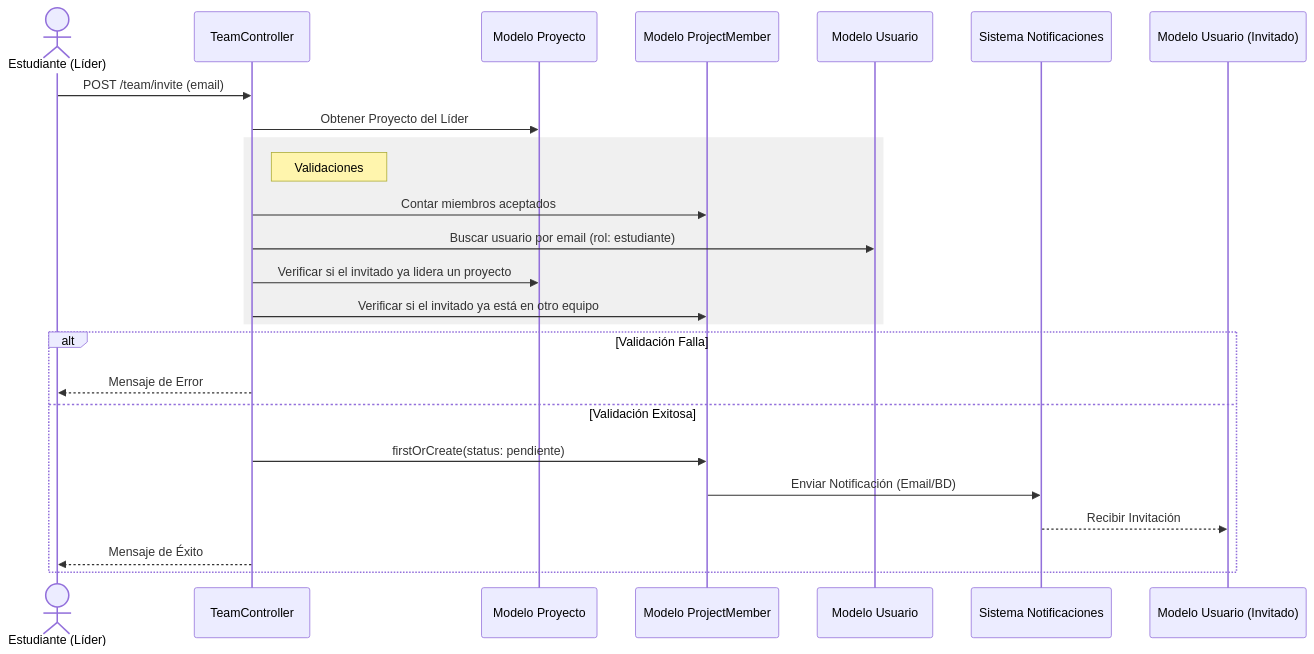
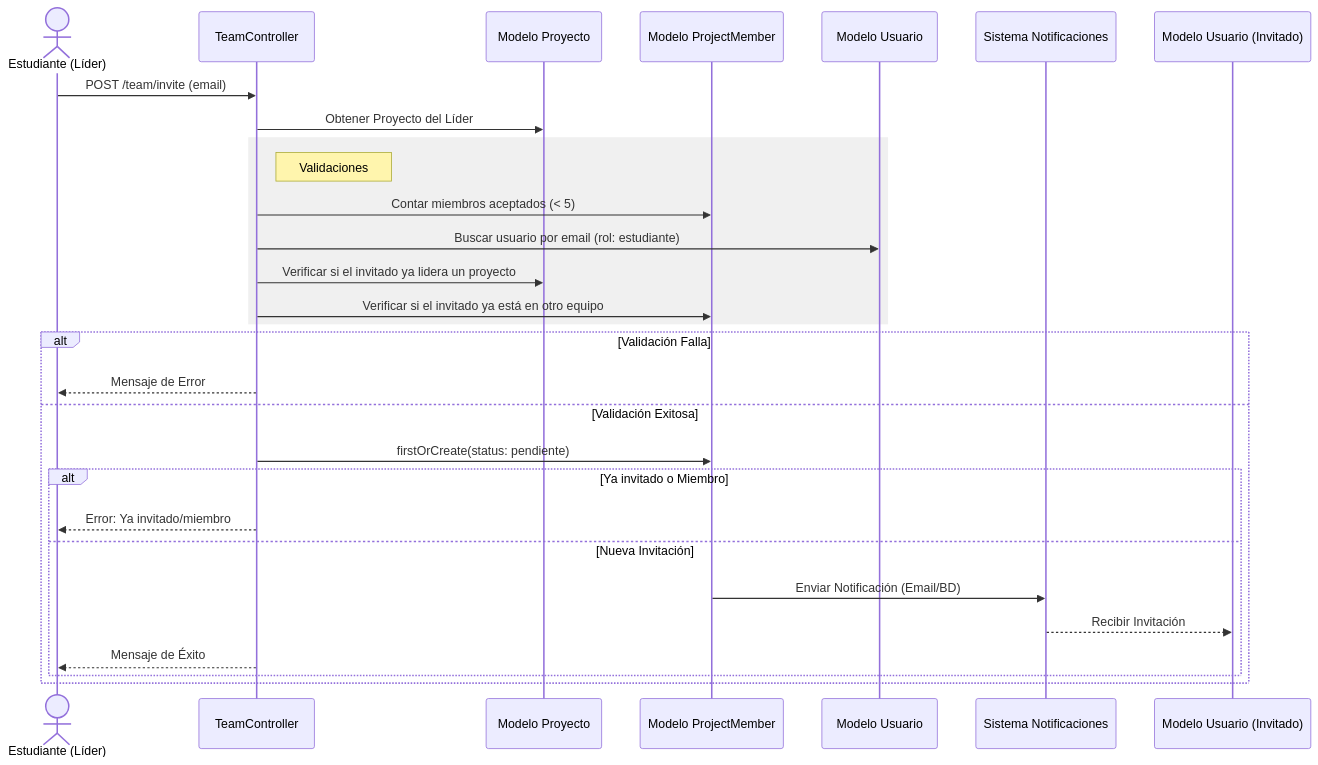
Before and after one commit to HFernandoCR/WebAtoon: the second of 4 diagrams in README.md, drawn with Mermaid. The commit also changed other lines of this file, not shown here.

````diff
--- a/README.md
+++ b/README.md
@@ -105,27 +112,34 @@
 ```mermaid
 sequenceDiagram
     actor Lider as Estudiante (Líder)
     participant TeamController
     participant Modelo Proyecto
     participant Modelo ProjectMember
     participant Modelo Usuario
     participant Sistema Notificaciones
+
     Lider->>TeamController: POST /team/invite (email)
     TeamController->>Modelo Proyecto: Obtener Proyecto del Líder
     
     rect rgb(240, 240, 240)
         note right of TeamController: Validaciones
-        TeamController->>Modelo ProjectMember: Contar miembros aceptados
+        TeamController->>Modelo ProjectMember: Contar miembros aceptados (< 5)
         TeamController->>Modelo Usuario: Buscar usuario por email (rol: estudiante)
         TeamController->>Modelo Proyecto: Verificar si el invitado ya lidera un proyecto
         TeamController->>Modelo ProjectMember: Verificar si el invitado ya está en otro equipo
     end
+    
     alt Validación Falla
         TeamController-->>Lider: Mensaje de Error
     else Validación Exitosa
         TeamController->>Modelo ProjectMember: firstOrCreate(status: pendiente)
-        Modelo ProjectMember->>Sistema Notificaciones: Enviar Notificación (Email/BD)
-        Sistema Notificaciones-->>Modelo Usuario (Invitado): Recibir Invitación
-        TeamController-->>Lider: Mensaje de Éxito
+        
+        alt Ya invitado o Miembro
+            TeamController-->>Lider: Error: Ya invitado/miembro
+        else Nueva Invitación
+            Modelo ProjectMember->>Sistema Notificaciones: Enviar Notificación (Email/BD)
+            Sistema Notificaciones-->>Modelo Usuario (Invitado): Recibir Invitación
+            TeamController-->>Lider: Mensaje de Éxito
+        end
     end
 ```
````
